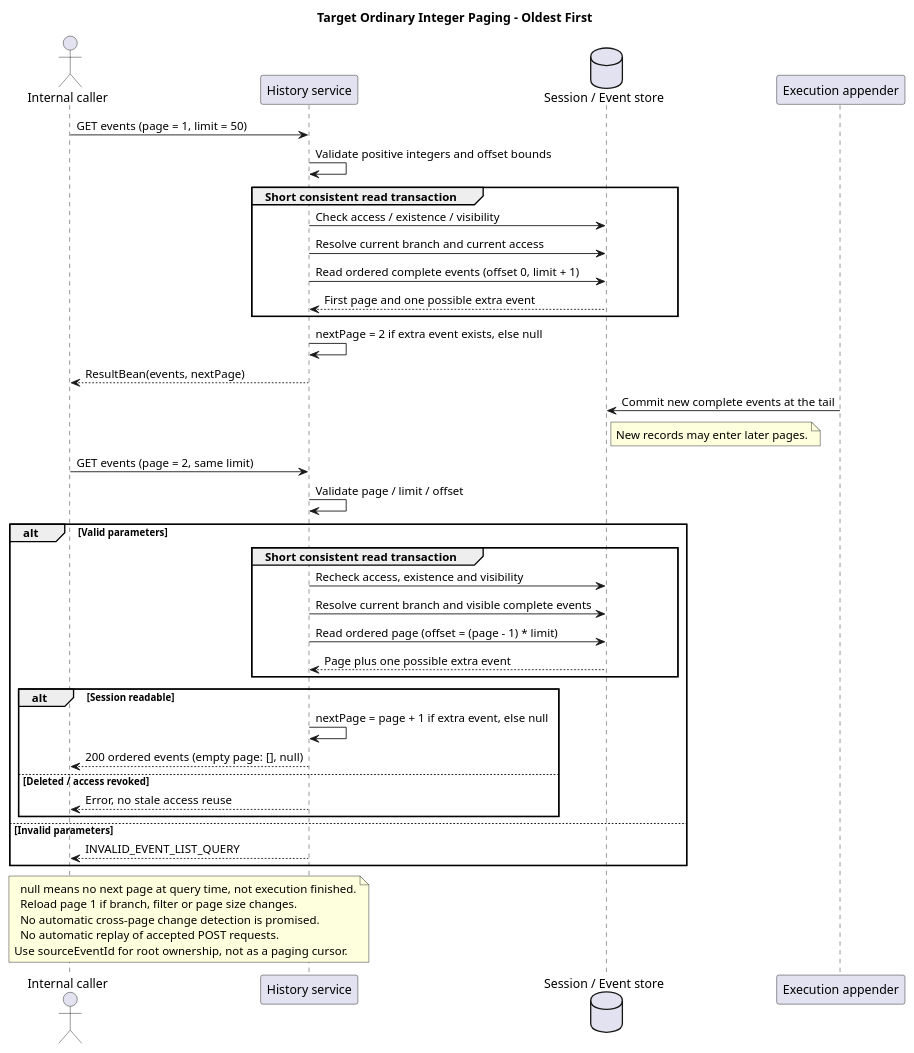
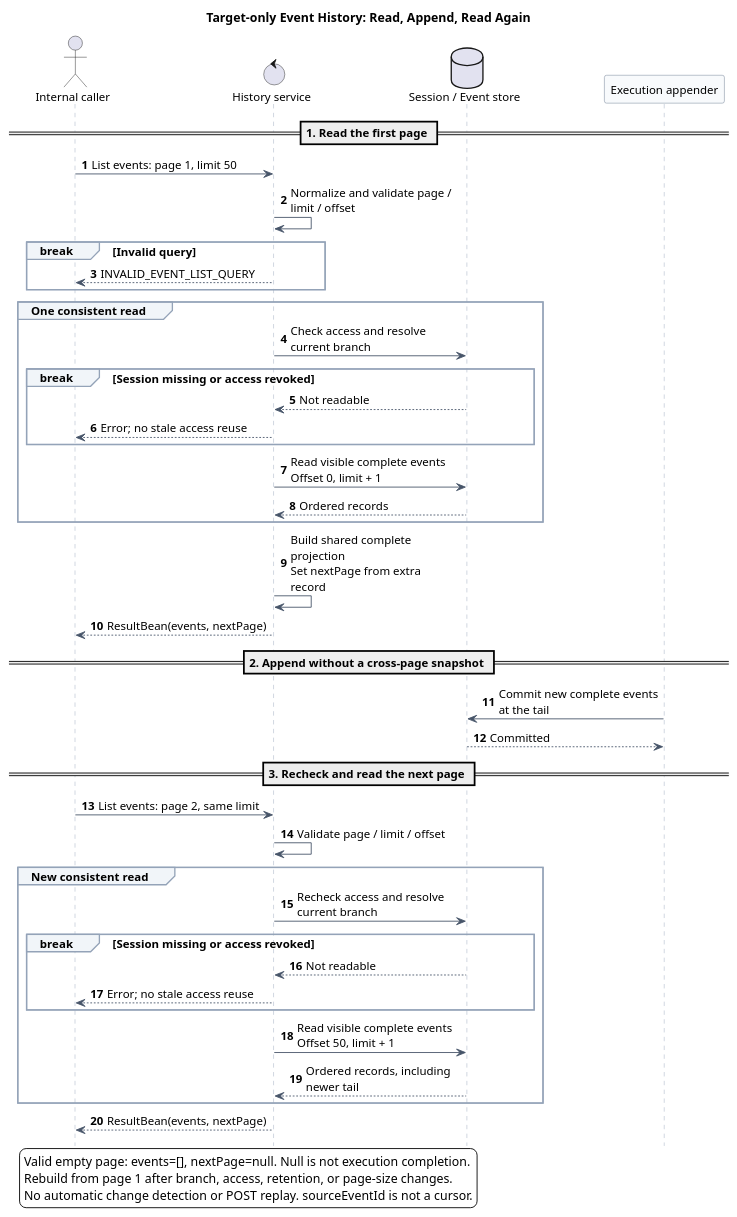
Before and after one commit to ssm0808/pi-mono-java-design: the second of 2 diagrams in 01-总体架构/01-CampusClaw多Agent运行时/设计图/事件历史查询/diagram.puml, drawn with PlantUML. The commit also changed other lines of this file and 212 other files, not shown here.

Commit message:
docs(design): 精简模块文档并重排全仓设计图

```diff
--- a/01-总体架构/01-CampusClaw多Agent运行时/设计图/事件历史查询/diagram.puml
+++ b/01-总体架构/01-CampusClaw多Agent运行时/设计图/事件历史查询/diagram.puml
@@ -58,50 +64,65 @@
 @startuml target_event_history_paging
-title Target Ordinary Integer Paging - Oldest First
 ' Source baseline: pi-mono-java dfb90cac4e233e09a0b8f047f7e9f4682f5ad238
 ' Source: campusclaw/src/main/resources/mapper/session/RuntimeSessionMapper.xml, listCurrentBranch.
 ' Source: campusclaw/src/main/java/com/huawei/hicampus/claw/codingagent/runtimeapi/event/RuntimeEventQueryService.java, list/pageOf.
 ' Observed behavior: each current query resolves active_leaf_id again.
 ' Design reason: user approved ordinary pages without cross-request snapshots.
 ' Target-only: default 50, max 200, events/nextPage and empty-page success confirmed.
+autonumber
+hide footbox
+skinparam backgroundColor white
+skinparam shadowing false
+skinparam defaultFontSize 13
+skinparam maxMessageSize 190
+skinparam sequence {
+  ArrowColor #475569
+  LifeLineBorderColor #94A3B8
+  ParticipantBorderColor #64748B
+  ParticipantBackgroundColor #F8FAFC
+  GroupBorderColor #94A3B8
+  GroupBackgroundColor #F1F5F9
+}
+title Target-only Event History: Read, Append, Read Again
 actor "Internal caller" as C
-participant "History service" as Q
+control "History service" as Q
 database "Session / Event store" as D
 participant "Execution appender" as A
-C -> Q : GET events (page = 1, limit = 50)
-Q -> Q : Validate positive integers and offset bounds
-group Short consistent read transaction
-  Q -> D : Check access / existence / visibility
-  Q -> D : Resolve current branch and current access
-  Q -> D : Read ordered complete events (offset 0, limit + 1)
-  D --> Q : First page and one possible extra event
-end
-Q -> Q : nextPage = 2 if extra event exists, else null
-Q --> C : ResultBean(events, nextPage)
-A -> D : Commit new complete events at the tail
-note right of D : New records may enter later pages.
-C -> Q : GET events (page = 2, same limit)
-Q -> Q : Validate page / limit / offset
-alt Valid parameters
-  group Short consistent read transaction
-    Q -> D : Recheck access, existence and visibility
-    Q -> D : Resolve current branch and visible complete events
-    Q -> D : Read ordered page (offset = (page - 1) * limit)
-    D --> Q : Page plus one possible extra event
-  end
-  alt Session readable
-    Q -> Q : nextPage = page + 1 if extra event, else null
-    Q --> C : 200 ordered events (empty page: [], null)
-  else Deleted / access revoked
-    Q --> C : Error, no stale access reuse
-  end
-else Invalid parameters
+== 1. Read the first page ==
+C -> Q : List events: page 1, limit 50
+Q -> Q : Normalize and validate page / limit / offset
+break Invalid query
   Q --> C : INVALID_EVENT_LIST_QUERY
 end
-note over C,Q
-  null means no next page at query time, not execution finished.
-  Reload page 1 if branch, filter or page size changes.
-  No automatic cross-page change detection is promised.
-  No automatic replay of accepted POST requests.
-Use sourceEventId for root ownership, not as a paging cursor.
-end note
+group One consistent read
+  Q -> D : Check access and resolve current branch
+  break Session missing or access revoked
+    D --> Q : Not readable
+    Q --> C : Error; no stale access reuse
+  end
+  Q -> D : Read visible complete events\nOffset 0, limit + 1
+  D --> Q : Ordered records
+end
+Q -> Q : Build shared complete projection\nSet nextPage from extra record
+Q --> C : ResultBean(events, nextPage)
+== 2. Append without a cross-page snapshot ==
+A -> D : Commit new complete events at the tail
+D --> A : Committed
+== 3. Recheck and read the next page ==
+C -> Q : List events: page 2, same limit
+Q -> Q : Validate page / limit / offset
+group New consistent read
+  Q -> D : Recheck access and resolve current branch
+  break Session missing or access revoked
+    D --> Q : Not readable
+    Q --> C : Error; no stale access reuse
+  end
+  Q -> D : Read visible complete events\nOffset 50, limit + 1
+  D --> Q : Ordered records, including newer tail
+end
+Q --> C : ResultBean(events, nextPage)
+legend bottom left
+Valid empty page: events=[], nextPage=null. Null is not execution completion.
+Rebuild from page 1 after branch, access, retention, or page-size changes.
+No automatic change detection or POST replay. sourceEventId is not a cursor.
+endlegend
 @enduml
```
